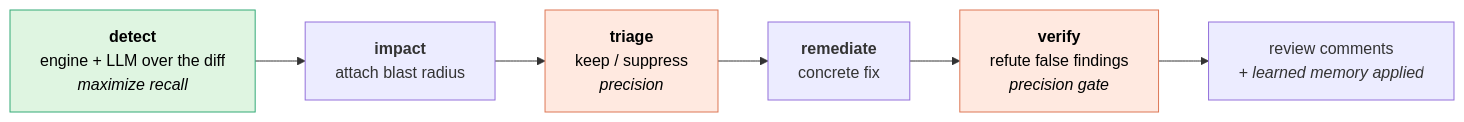
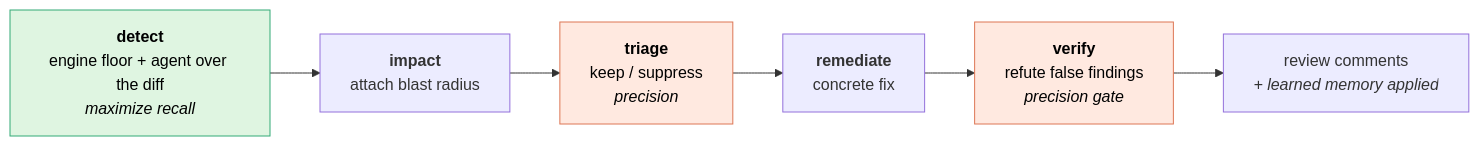
The third of 4 diagrams in docs/ARCHITECTURE.md (kiwi-init/splus), drawn with Mermaid before and after one commit. The commit also changed other lines of this file and 8 other files, not shown here.

````diff
--- a/docs/ARCHITECTURE.md
+++ b/docs/ARCHITECTURE.md
@@ -97,14 +96,14 @@
 ```mermaid
 flowchart LR
-    d["<b>detect</b><br/>engine + LLM over the diff<br/><i>maximize recall</i>"]
+    d["<b>detect</b><br/>engine floor + agent over the diff<br/><i>maximize recall</i>"]
     i["<b>impact</b><br/>attach blast radius"]
     t["<b>triage</b><br/>keep / suppress<br/><i>precision</i>"]
     r["<b>remediate</b><br/>concrete fix"]
     v["<b>verify</b><br/>refute false findings<br/><i>precision gate</i>"]
     d --> i --> t --> r --> v --> out["review comments<br/><i>+ learned memory applied</i>"]
 
     classDef recall fill:#dff5e1,stroke:#3a7,color:#000
     classDef precision fill:#ffe9e0,stroke:#d75,color:#000
     class d recall
     class t,v precision
 ```
````
